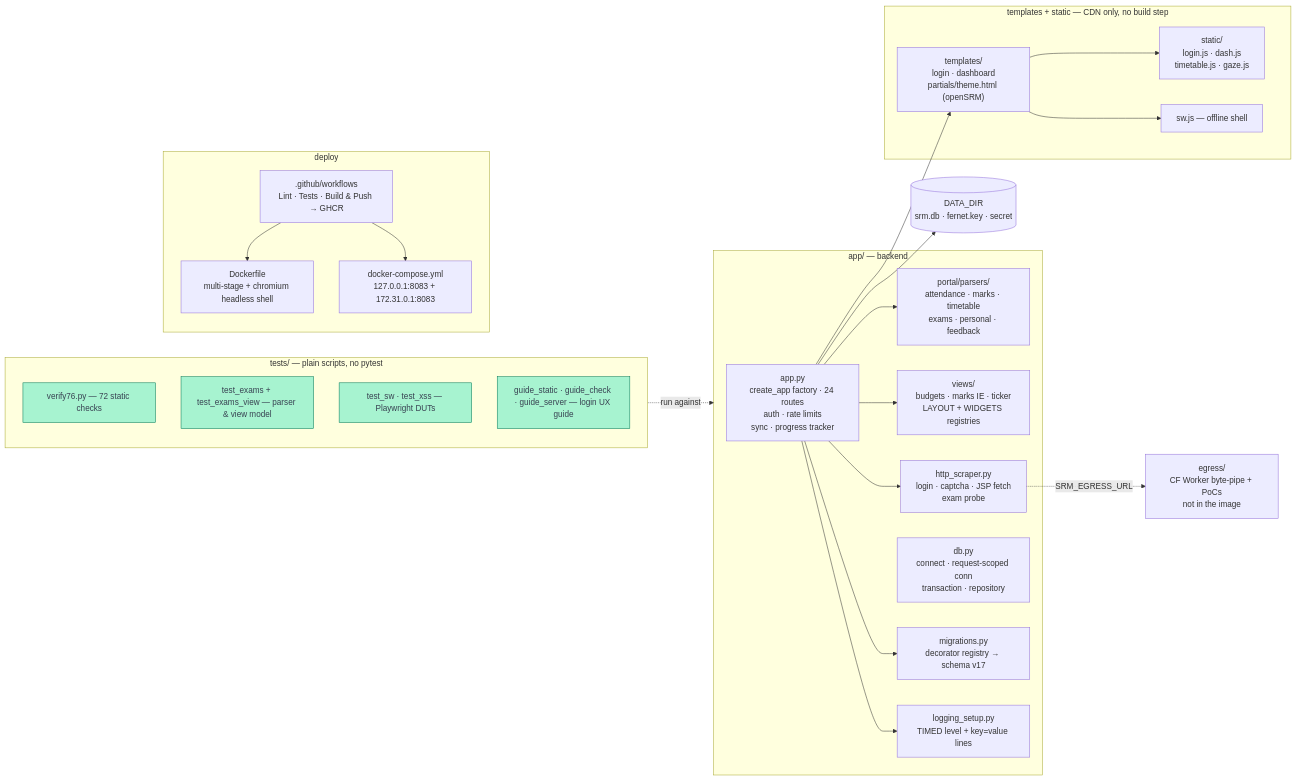
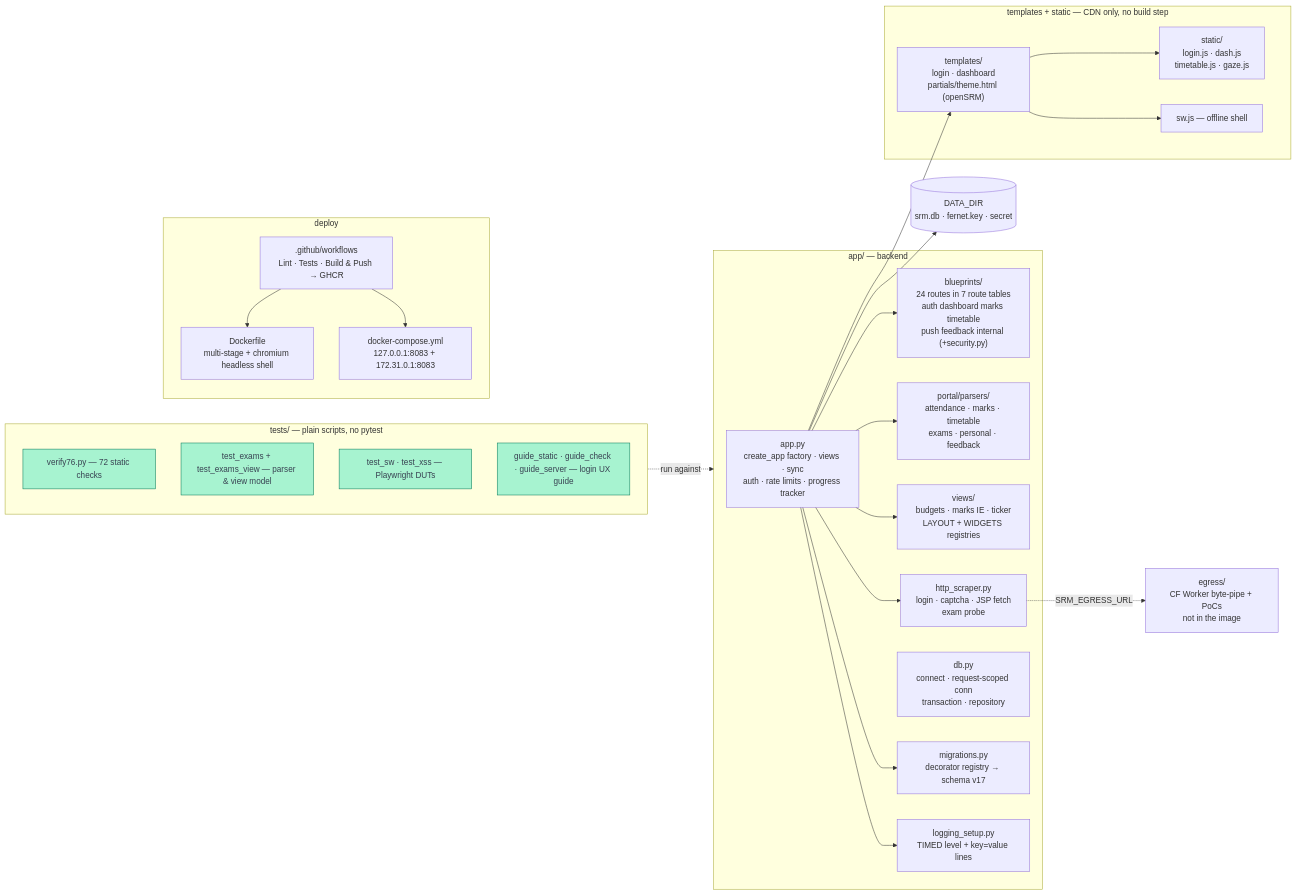
One commit to thenabbu/OpenSRM changed the third of 3 diagrams in README.md. Above: the diagram before and after it, drawn with Mermaid. The commit also changed 2 other files, not shown here.

Commit message:
docs: blueprint layout, routes count, factory-matrix row for the split
- AGENTS layout: app/app.py reworded (views + registers blueprints),
  app/blueprints/ + app/security.py added, scripts/ lists url_map_dump.py;
  test_app_factory matrix row 23/23 -> 24/24 with the endpoint-pin check.
- README structure diagram: "24 routes" moves from the app.py node to a
  blueprints node (7 route tables, count re-derived from code: 24
  bp.add_url_rule calls), APP -> BPS edge added.
- CONTRIBUTING architecture: route registration in the seven blueprints,
  FlatBlueprint endpoint rule, shared decorators in app/security.py.
verify76 re-run after the doc edits: 72/72.

````diff
--- a/README.md
+++ b/README.md
@@ -163,51 +163,53 @@
 ```mermaid
 flowchart LR
     subgraph backend["app/ — backend"]
-        APP["app.py<br/>create_app factory · 24 routes<br/>auth · rate limits<br/>sync · progress tracker"]
+        APP["app.py<br/>create_app factory · views · sync<br/>auth · rate limits · progress tracker"]
+        BPS["blueprints/<br/>24 routes in 7 route tables<br/>auth dashboard marks timetable<br/>push feedback internal (+security.py)"]
         PARS["portal/parsers/<br/>attendance · marks · timetable<br/>exams · personal · feedback"]
         VIEWS["views/<br/>budgets · marks IE · ticker<br/>LAYOUT + WIDGETS registries"]
         SCR["http_scraper.py<br/>login · captcha · JSP fetch<br/>exam probe"]
         DB["db.py<br/>connect · request-scoped conn<br/>transaction · repository"]
         MIG["migrations.py<br/>decorator registry → schema v17"]
         LOG["logging_setup.py<br/>TIMED level + key=value lines"]
     end
 
     subgraph frontend["templates + static — CDN only, no build step"]
         TPL["templates/<br/>login · dashboard<br/>partials/theme.html (openSRM)"]
         JS["static/<br/>login.js · dash.js<br/>timetable.js · gaze.js"]
         SWJS["sw.js — offline shell"]
     end
 
     subgraph gate["tests/ — plain scripts, no pytest"]
         T1["verify76.py — 72 static checks"]
         T2["test_exams + test_exams_view — parser & view model"]
         T3["test_sw · test_xss — Playwright DUTs"]
         T4["guide_static · guide_check · guide_server — login UX guide"]
     end
 
     subgraph ship["deploy"]
         DF["Dockerfile<br/>multi-stage + chromium headless shell"]
         DC["docker-compose.yml<br/>127.0.0.1:8083 + 172.31.0.1:8083"]
         CI[".github/workflows<br/>Lint · Tests · Build & Push → GHCR"]
     end
 
     EGDIR["egress/<br/>CF Worker byte-pipe + PoCs<br/>not in the image"]
     DATA[("DATA_DIR<br/>srm.db · fernet.key · secret")]
 
     APP --> SCR
     APP --> MIG
     APP --> LOG
     APP --> PARS
     APP --> VIEWS
+    APP --> BPS
     APP --> TPL
     TPL --> JS
     TPL --> SWJS
     APP --> DATA
     SCR -.->|"SRM_EGRESS_URL"| EGDIR
     CI --> DF
     CI --> DC
     gate -.->|"run against"| backend
 
     classDef gatecls fill:#a7f3d0,stroke:#047857,color:#374151
     class T1,T2,T3,T4 gatecls
 ```
````
